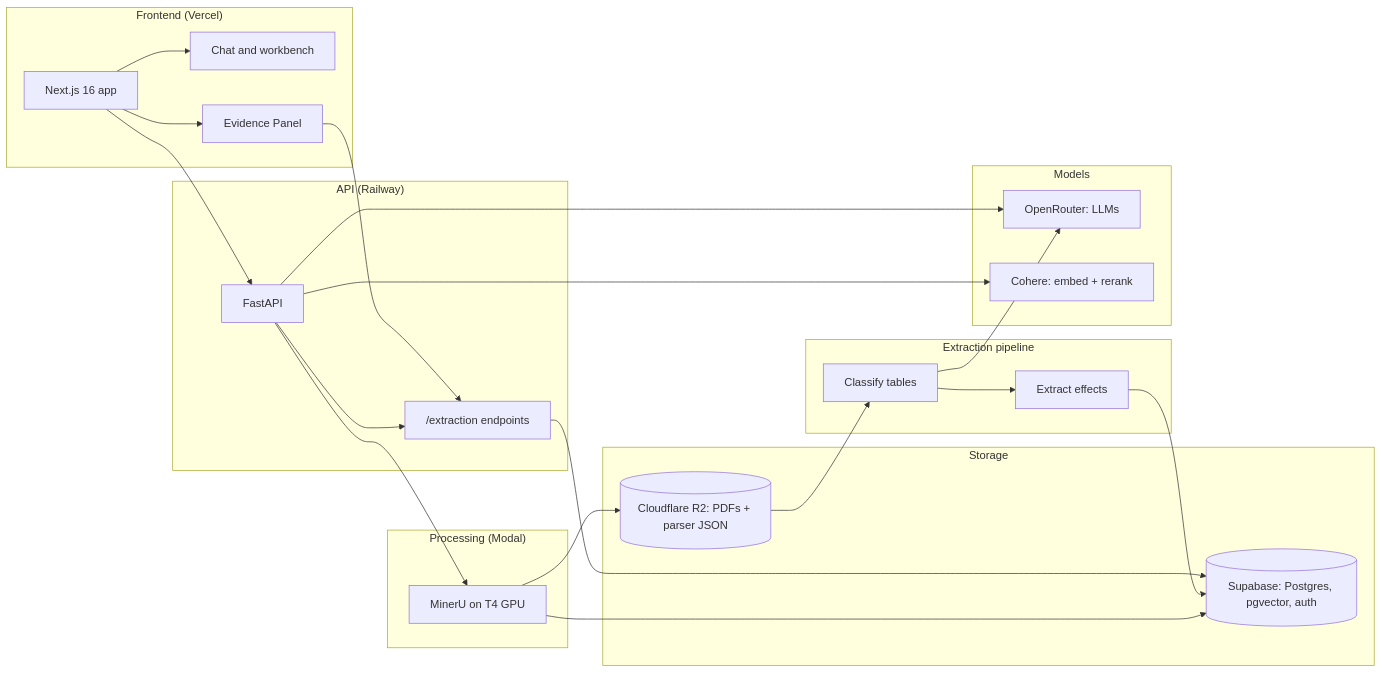
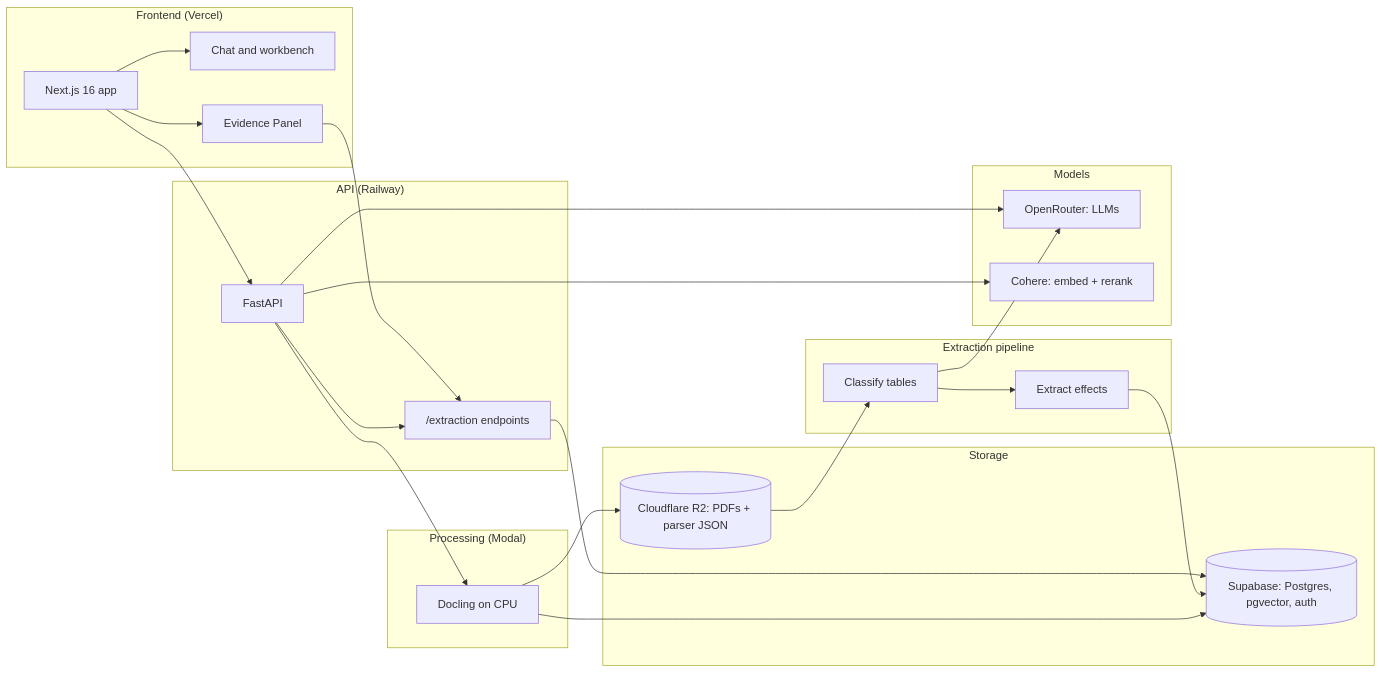
One commit to lsempe77/3ie-evidence-assistant changed the diagram in README.md. Above: the diagram before and after it, drawn with Mermaid. The commit also changed other lines of this file and 5 other files, not shown here.

````diff
--- a/README.md
+++ b/README.md
@@ -110,41 +112,41 @@
 ```mermaid
 graph LR
     subgraph Frontend["Frontend (Vercel)"]
         A[Next.js 16 app] --> U[Chat and workbench]
         A --> V[Evidence Panel]
     end
 
     subgraph API["API (Railway)"]
         C[FastAPI] --> X["/extraction endpoints"]
     end
 
     subgraph Processing["Processing (Modal)"]
-        E[MinerU on T4 GPU]
+        E[Docling on CPU]
     end
 
     subgraph Extraction["Extraction pipeline"]
         Q[Classify tables] --> S[Extract effects]
     end
 
     subgraph Storage
         I[(Supabase: Postgres, pgvector, auth)]
         K[(Cloudflare R2: PDFs + parser JSON)]
     end
 
     subgraph Models
         M[OpenRouter: LLMs]
         O[Cohere: embed + rerank]
     end
 
     A --> C
     C --> M
     C --> O
     C --> E
     E --> K
     E --> I
     K --> Q
     Q --> M
     S --> I
     X --> I
     V --> X
 ```
````
